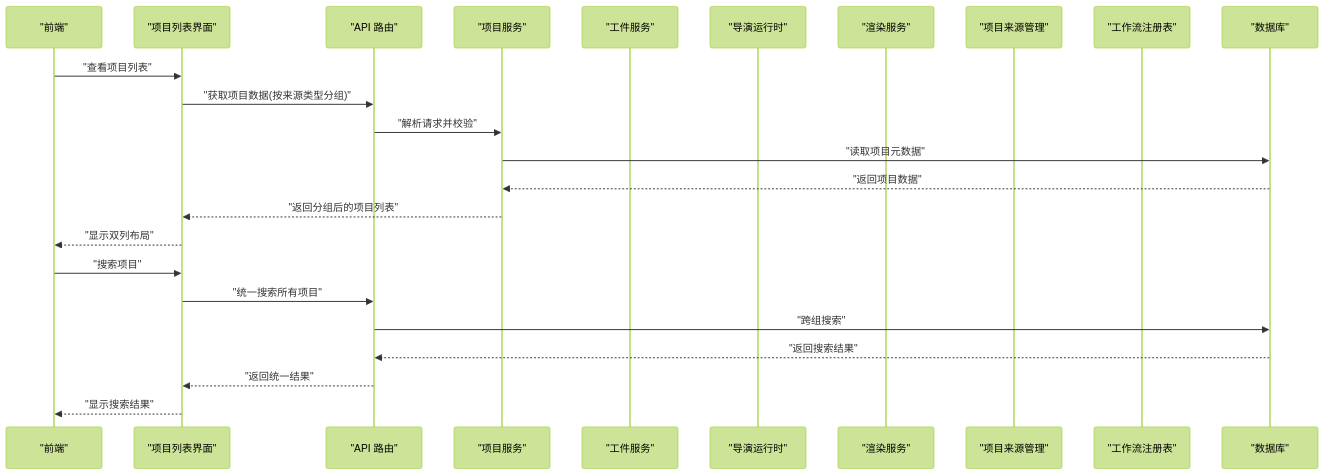
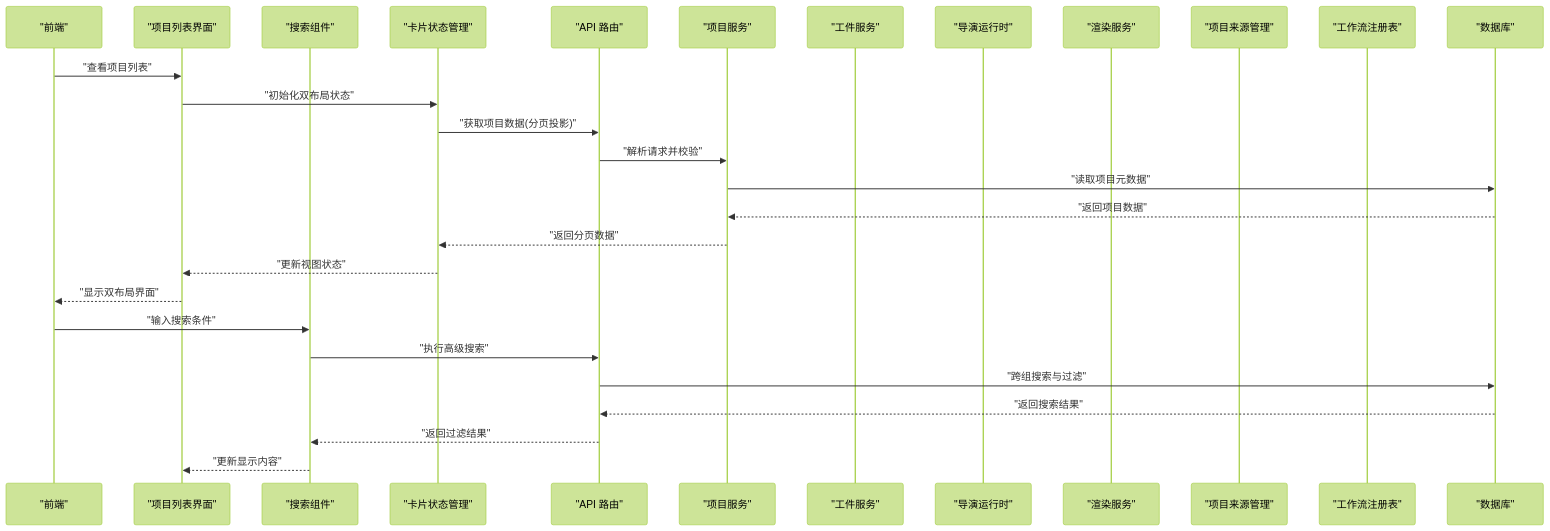
One commit to scottcwy/PurpleInk changed the second of 18 diagrams in .qoder/repowiki/zh/content/项目管理/项目管理.md. Above: the diagram before and after it, drawn with Mermaid (forest theme). The commit also changed other lines of this file and 23 other files, not shown here.

````diff
--- a/.qoder/repowiki/zh/content/项目管理/项目管理.md
+++ b/.qoder/repowiki/zh/content/项目管理/项目管理.md
@@ -151,26 +173,30 @@
 ```mermaid
 sequenceDiagram
 participant FE as "前端"
 participant ProjectList as "项目列表界面"
+participant SearchField as "搜索组件"
+participant CardsState as "卡片状态管理"
 participant API as "API 路由"
 participant ProjectSvc as "项目服务"
 participant ArtifactSvc as "工件服务"
 participant Director as "导演运行时"
 participant Render as "渲染服务"
 participant Sources as "项目来源管理"
 participant Registry as "工作流注册表"
 participant DB as "数据库"
 FE->>ProjectList : "查看项目列表"
-ProjectList->>API : "获取项目数据(按来源类型分组)"
+ProjectList->>CardsState : "初始化双布局状态"
+CardsState->>API : "获取项目数据(分页投影)"
 API->>ProjectSvc : "解析请求并校验"
 ProjectSvc->>DB : "读取项目元数据"
 DB-->>ProjectSvc : "返回项目数据"
-ProjectSvc-->>ProjectList : "返回分组后的项目列表"
-ProjectList-->>FE : "显示双列布局"
-FE->>ProjectList : "搜索项目"
-ProjectList->>API : "统一搜索所有项目"
-API->>DB : "跨组搜索"
+ProjectSvc-->>CardsState : "返回分页数据"
+CardsState-->>ProjectList : "更新视图状态"
+ProjectList-->>FE : "显示双布局界面"
+FE->>SearchField : "输入搜索条件"
+SearchField->>API : "执行高级搜索"
+API->>DB : "跨组搜索与过滤"
 DB-->>API : "返回搜索结果"
-API-->>ProjectList : "返回统一结果"
-ProjectList-->>FE : "显示搜索结果"
+API-->>SearchField : "返回过滤结果"
+SearchField-->>ProjectList : "更新显示内容"
 ```
````
